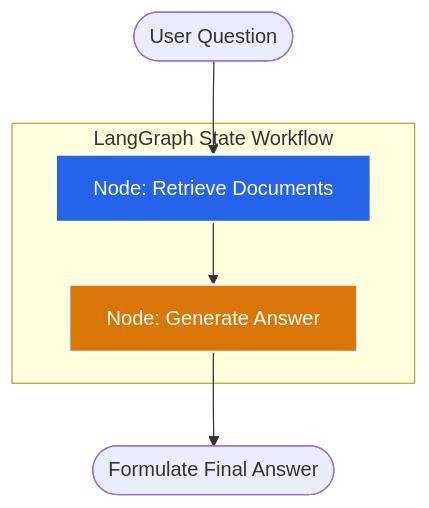
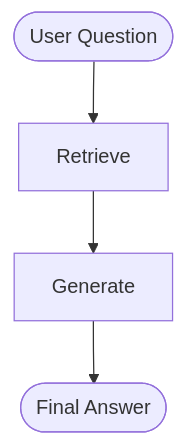
One commit to mohd-faizy/RAG-Design-Patterns changed the diagram in 01_Standard_RAG/README.md. Above: the diagram before and after it, drawn with Mermaid. The commit also changed 3 other files, not shown here.

Commit message:
update readme diagrams

````diff
--- a/01_Standard_RAG/README.md
+++ b/01_Standard_RAG/README.md
@@ -22,14 +22,6 @@
 ```mermaid
 graph TD
-    Start([User Question]) --> Retrieve[Node: Retrieve Documents]
-    Retrieve --> Generate[Node: Generate Answer]
-    Generate --> End([Formulate Final Answer])
-
-    subgraph LangGraph State Workflow
-    Retrieve
-    Generate
-    end
-    
-    style Retrieve fill:#2563EB,stroke:#fff,stroke-width:2px,color:#fff
-    style Generate fill:#D97706,stroke:#fff,stroke-width:2px,color:#fff
+    Query([User Question]) --> Retrieve[Retrieve]
+    Retrieve --> Generate[Generate]
+    Generate --> FinalAnswer([Final Answer])
 ```
````
